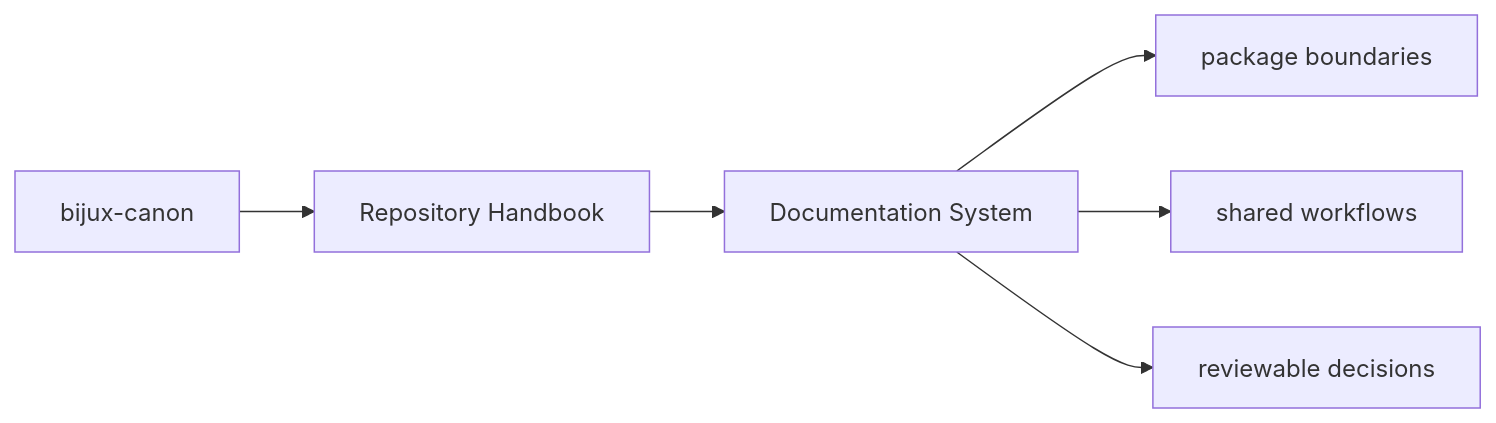
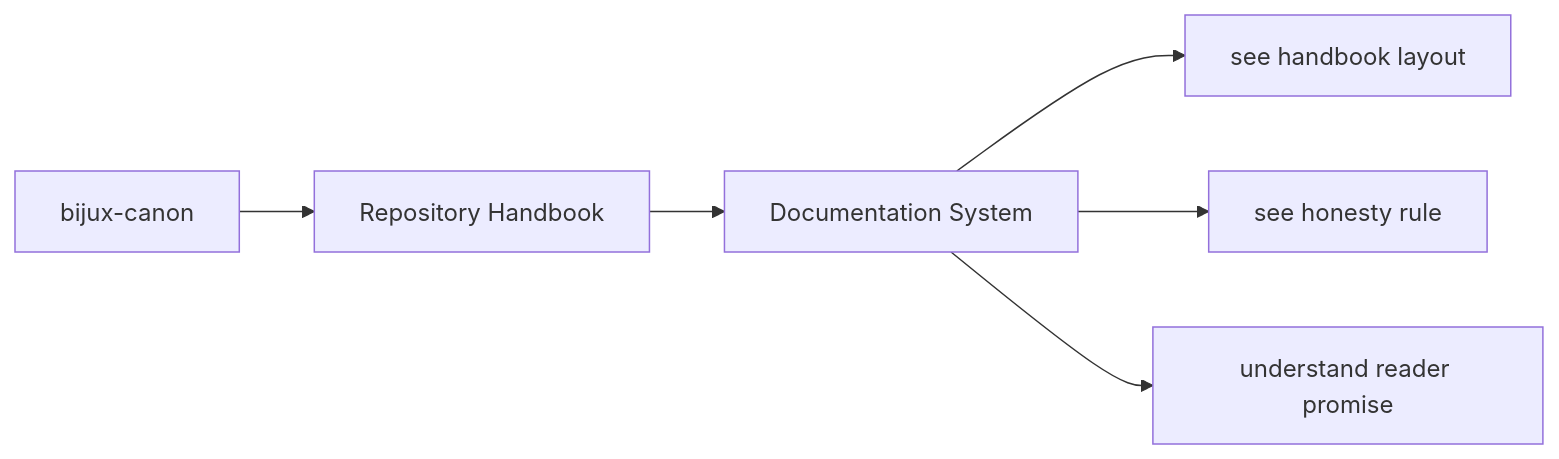
Before and after one commit to bijux/bijux-canon: the first of 2 diagrams in docs/bijux-canon/documentation-system.md, drawn with Mermaid. The commit also changed other lines of this file and 11 other files, not shown here.

Commit message:
docs(diagrams): clarify root handbook maps

````diff
--- a/docs/bijux-canon/documentation-system.md
+++ b/docs/bijux-canon/documentation-system.md
@@ -31,11 +31,11 @@
 ```mermaid
 flowchart LR
     scope["bijux-canon"] --> section["Repository Handbook"]
     section --> page["Documentation System"]
-    dest1["package boundaries"]
-    dest2["shared workflows"]
-    dest3["reviewable decisions"]
+    dest1["see handbook layout"]
+    dest2["see honesty rule"]
+    dest3["understand reader promise"]
     page --> dest1
     page --> dest2
     page --> dest3
 ```
````
